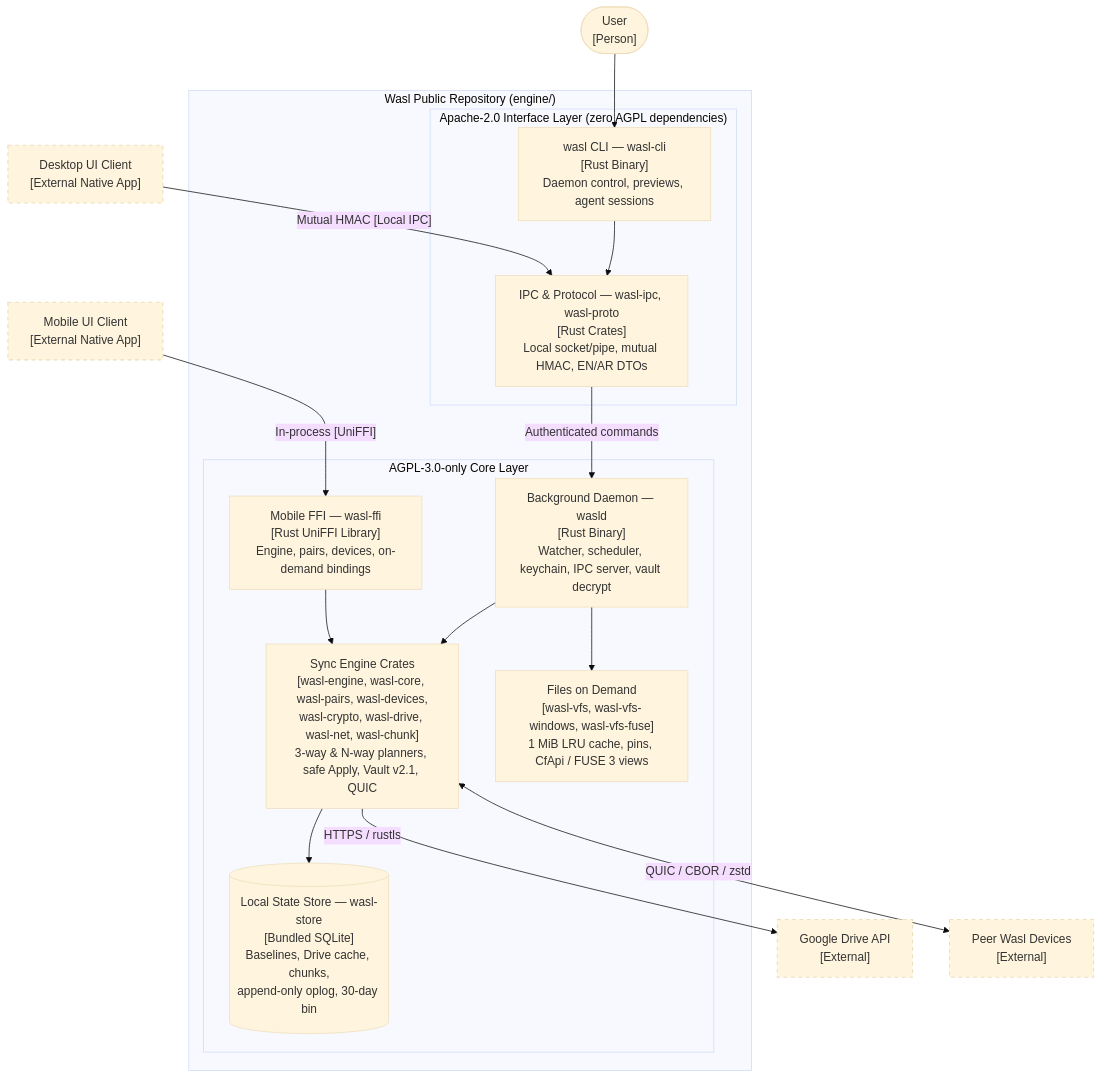
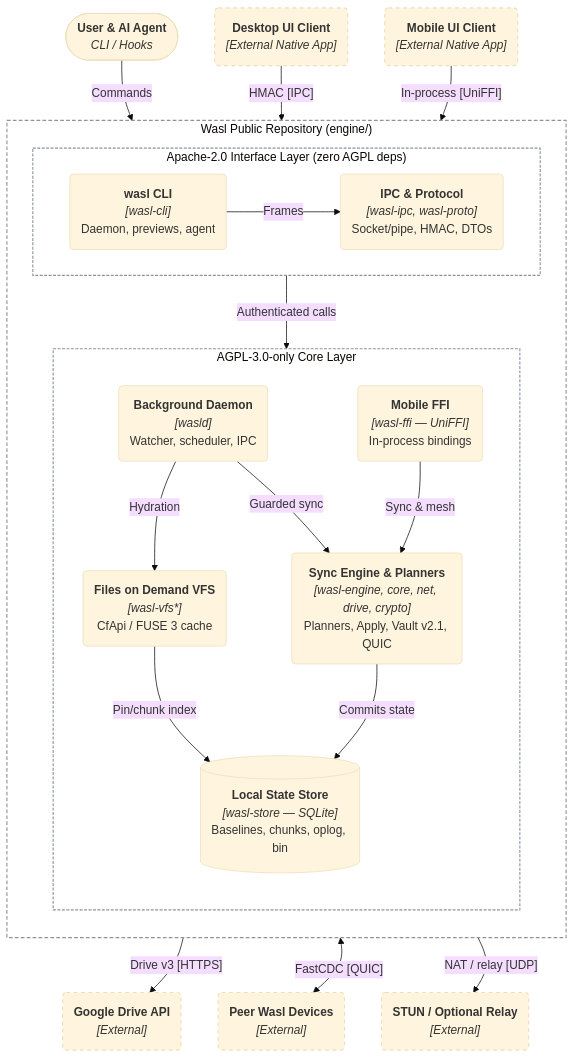
Before and after one commit to Ahmad-AlModhayan/wasl: the second of 5 diagrams in README.md, drawn with Mermaid (base theme). The commit also changed other lines of this file, not shown here.

First line of the commit message:
docs(readme): refine C4 + UML layout, arrow routing, and sequence syntax

````diff
--- a/README.md
+++ b/README.md
@@ -38,38 +38,50 @@
 ```mermaid
 flowchart TB
-    user(["User<br/>[Person]"])
-    desktop_ui["Desktop UI Client<br/>[External Native App]"]:::ext
-    mobile_ui["Mobile UI Client<br/>[External Native App]"]:::ext
+    user(["<b>User &amp; AI Agent</b><br/><i>CLI / Hooks</i>"])
+    desktop_ui("<b>Desktop UI Client</b><br/><i>[External Native App]</i>"):::ext
+    mobile_ui("<b>Mobile UI Client</b><br/><i>[External Native App]</i>"):::ext
 
     subgraph wasl_repo["Wasl Public Repository (engine/)"]
-        subgraph apache_tier["Apache-2.0 Interface Layer (zero AGPL dependencies)"]
-            cli["wasl CLI — wasl-cli<br/>[Rust Binary]<br/>Daemon control, previews, agent sessions"]
-            ipc["IPC & Protocol — wasl-ipc, wasl-proto<br/>[Rust Crates]<br/>Local socket/pipe, mutual HMAC, EN/AR DTOs"]
+        direction TB
+        subgraph apache_tier["Apache-2.0 Interface Layer (zero AGPL deps)"]
+            direction LR
+            cli("<b>wasl CLI</b><br/><i>[wasl-cli]</i><br/>Daemon, previews, agent")
+            ipc("<b>IPC &amp; Protocol</b><br/><i>[wasl-ipc, wasl-proto]</i><br/>Socket/pipe, HMAC, DTOs")
         end
 
         subgraph agpl_tier["AGPL-3.0-only Core Layer"]
-            wasld["Background Daemon — wasld<br/>[Rust Binary]<br/>Watcher, scheduler, keychain, IPC server, vault decrypt"]
-            ffi["Mobile FFI — wasl-ffi<br/>[Rust UniFFI Library]<br/>Engine, pairs, devices, on-demand bindings"]
-            core["Sync Engine Crates<br/>[wasl-engine, wasl-core, wasl-pairs, wasl-devices,<br/>wasl-crypto, wasl-drive, wasl-net, wasl-chunk]<br/>3-way & N-way planners, safe Apply, Vault v2.1, QUIC"]
-            vfs["Files on Demand<br/>[wasl-vfs, wasl-vfs-windows, wasl-vfs-fuse]<br/>1 MiB LRU cache, pins, CfApi / FUSE 3 views"]
-            store[("Local State Store — wasl-store<br/>[Bundled SQLite]<br/>Baselines, Drive cache, chunks,<br/>append-only oplog, 30-day bin")]
+            direction TB
+            wasld("<b>Background Daemon</b><br/><i>[wasld]</i><br/>Watcher, scheduler, IPC")
+            ffi("<b>Mobile FFI</b><br/><i>[wasl-ffi — UniFFI]</i><br/>In-process bindings")
+            vfs("<b>Files on Demand VFS</b><br/><i>[wasl-vfs*]</i><br/>CfApi / FUSE 3 cache")
+            core("<b>Sync Engine &amp; Planners</b><br/><i>[wasl-engine, core, net, drive, crypto]</i><br/>Planners, Apply, Vault v2.1, QUIC")
+            store[("<b>Local State Store</b><br/><i>[wasl-store — SQLite]</i><br/>Baselines, chunks, oplog, bin")]
         end
     end
 
-    drive["Google Drive API<br/>[External]"]:::ext
-    peers["Peer Wasl Devices<br/>[External]"]:::ext
+    drive("<b>Google Drive API</b><br/><i>[External]</i>"):::ext
+    peers("<b>Peer Wasl Devices</b><br/><i>[External]</i>"):::ext
+    relay("<b>STUN / Optional Relay</b><br/><i>[External]</i>"):::ext
 
-    user --> cli
-    cli --> ipc
-    desktop_ui -->|"Mutual HMAC [Local IPC]"| ipc
-    ipc -->|"Authenticated commands"| wasld
+    user -->|"Commands"| cli
+    cli -->|"Frames"| ipc
+    desktop_ui -->|"HMAC [IPC]"| ipc
+    ipc -->|"Authenticated calls"| wasld
     mobile_ui -->|"In-process [UniFFI]"| ffi
-    wasld --> core
-    wasld --> vfs
-    ffi --> core
-    core --> store
-    core -->|"HTTPS / rustls"| drive
-    core <-->|"QUIC / CBOR / zstd"| peers
+    wasld -->|"Hydration"| vfs
+    wasld -->|"Guarded sync"| core
+    ffi -->|"Sync &amp; mesh"| core
+    vfs -->|"Pin/chunk index"| store
+    core -->|"Commits state"| store
+    store ~~~ drive
+    store ~~~ peers
+    store ~~~ relay
+    core -->|"Drive v3 [HTTPS]"| drive
+    core <-->|"FastCDC [QUIC]"| peers
+    core -->|"NAT / relay [UDP]"| relay
 
-    classDef ext stroke-dasharray: 5 5,stroke-width:1.5px;
+    style wasl_repo fill:none,stroke:#8b949e,stroke-width:1.5px,stroke-dasharray:5 3
+    style apache_tier fill:none,stroke:#8b949e,stroke-width:1.5px,stroke-dasharray:4 2
+    style agpl_tier fill:none,stroke:#8b949e,stroke-width:1.5px,stroke-dasharray:4 2
+    classDef ext stroke-dasharray:5 5,stroke-width:1.5px;
 ```
````
